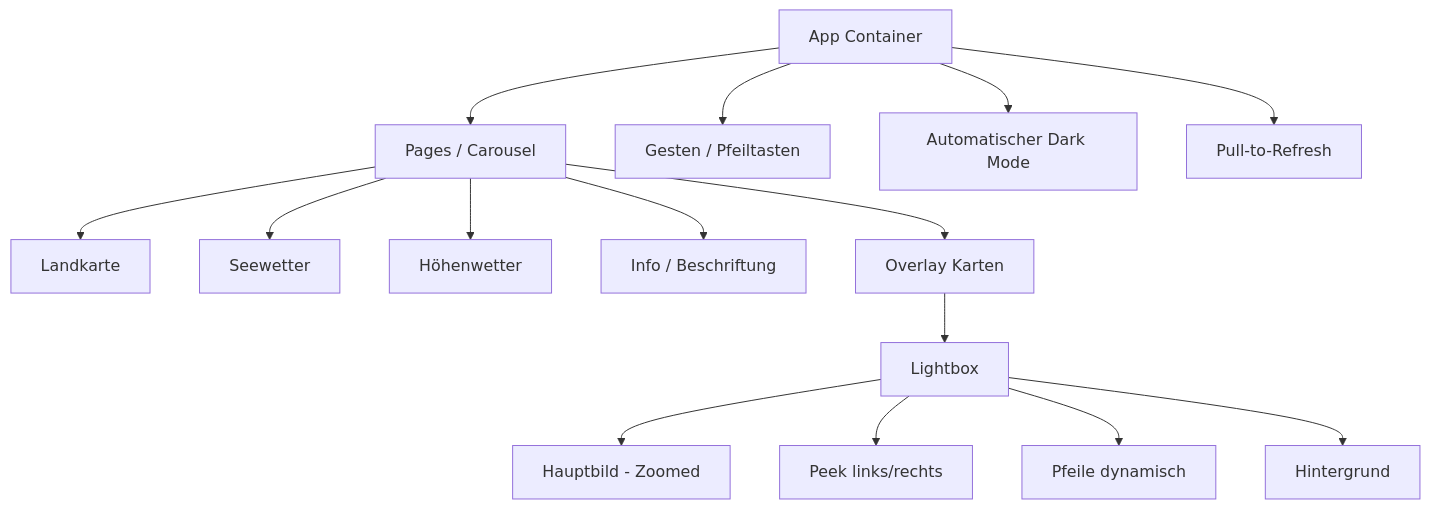
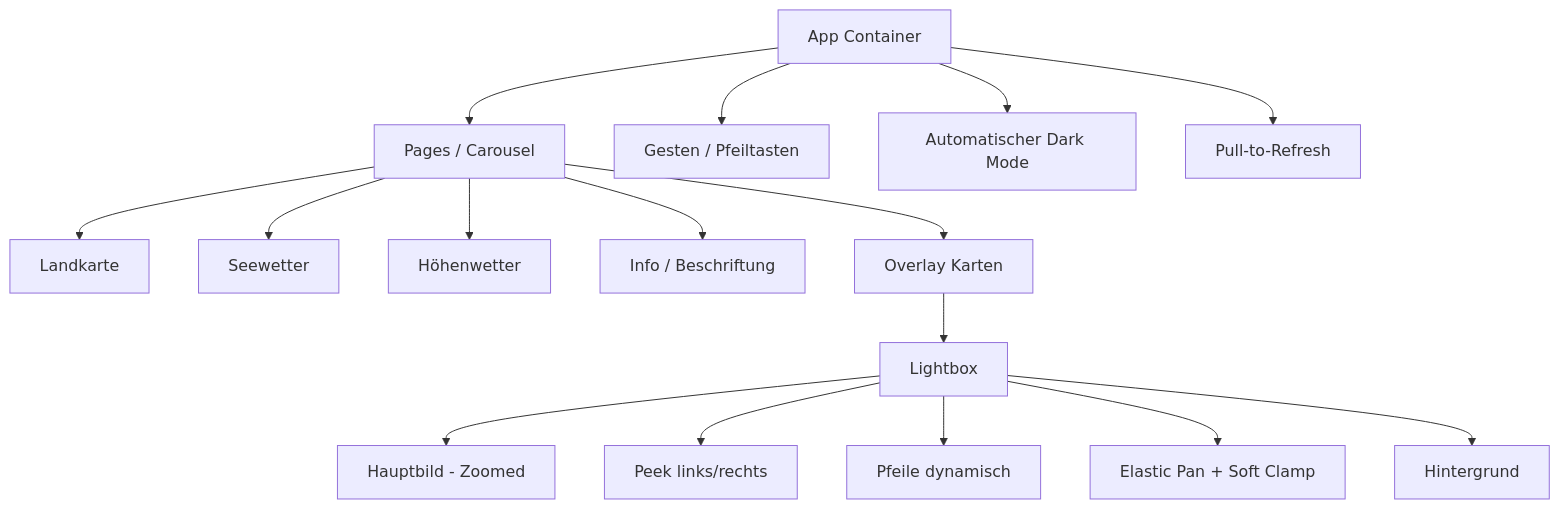
Before and after one commit to w465jt7pm9-cpu/dwd-dashboard: the diagram in docs/UI-Struktur.md, drawn with Mermaid. The commit also changed other lines of this file and 5 other files, not shown here.

Commit message:
Implement US-010 elastic pan snap-back and update docs

````diff
--- a/docs/UI-Struktur.md
+++ b/docs/UI-Struktur.md
@@ -6,17 +7,18 @@
 ```mermaid
 flowchart TD
   App[App Container] --> Pages[Pages / Carousel]
   Pages --> Land[Landkarte]
   Pages --> See[Seewetter]
   Pages --> Hoehenwetter[Höhenwetter]
   Pages --> Texte[Info / Beschriftung]
   Pages --> Cards[Overlay Karten]
   Cards --> Lightbox[Lightbox]
   Lightbox --> Image[Hauptbild - Zoomed]
   Lightbox --> Peek[Peek links/rechts]
   Lightbox --> Arrows[Pfeile dynamisch]
+  Lightbox --> Elastic[Elastic Pan + Soft Clamp]
   Lightbox --> Overlay[Hintergrund]
   App --> Gestures[Gesten / Pfeiltasten]
   App --> Theme[Automatischer Dark Mode]
   App --> Refresh[Pull-to-Refresh]
 ```
````
